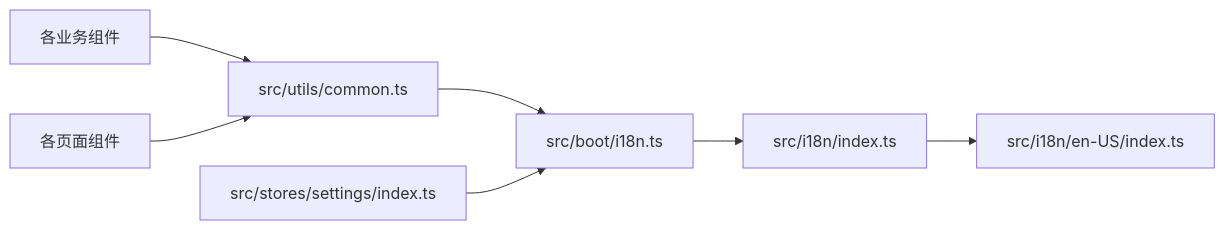
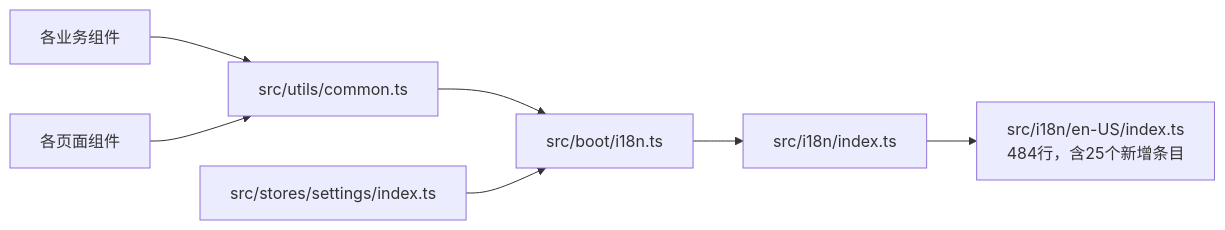
One commit to le-bot-team/le-bot-frontend changed the sixth of 6 diagrams in .qoder/repowiki/zh/content/国际化与本地化.md. Above: the diagram before and after it, drawn with Mermaid. The commit also changed other lines of this file and 217 other files, not shown here.

````diff
--- a/.qoder/repowiki/zh/content/国际化与本地化.md
+++ b/.qoder/repowiki/zh/content/国际化与本地化.md
@@ -232,9 +263,9 @@
 ```mermaid
 graph LR
 Boot["src/boot/i18n.ts"] --> I18nIndex["src/i18n/index.ts"]
-I18nIndex --> EnUS["src/i18n/en-US/index.ts"]
+I18nIndex --> EnUS["src/i18n/en-US/index.ts<br/>484行，含25个新增条目"]
 Utils["src/utils/common.ts"] --> Boot
 Stores["src/stores/settings/index.ts"] --> Boot
 Components["各业务组件"] --> Utils
 Pages["各页面组件"] --> Utils
 ```
````
